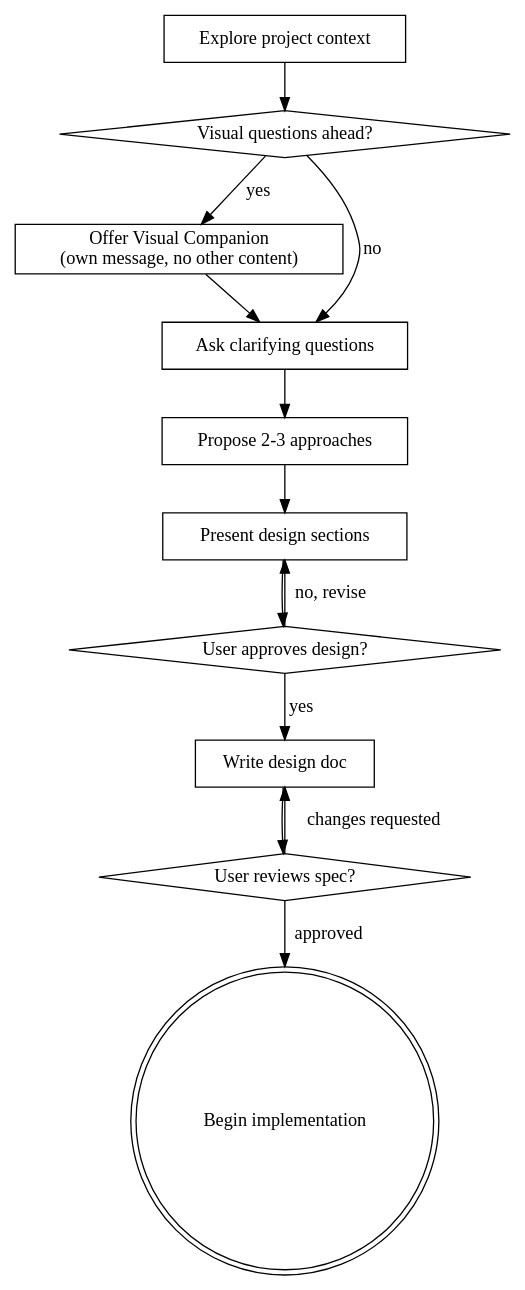
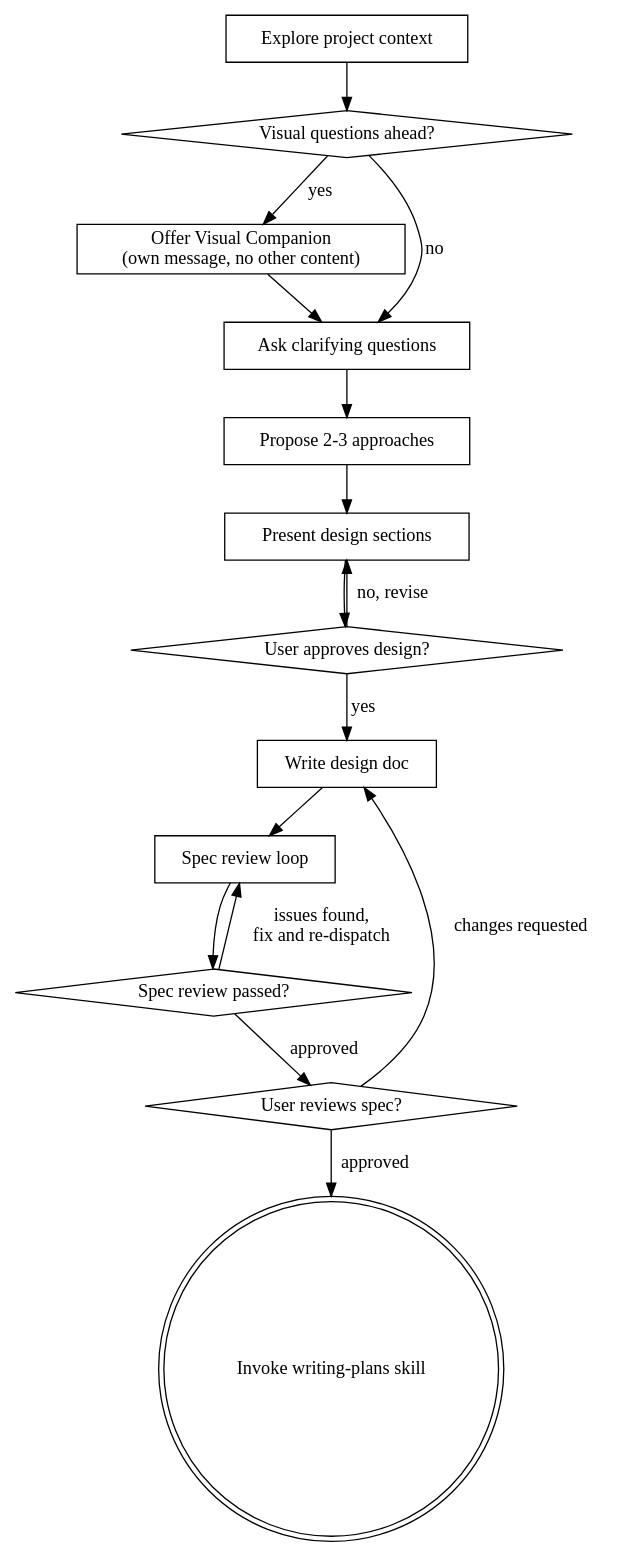
One commit to zacczakk/acsync changed the diagram in configs/skills/brainstorming/SKILL.md. Above: the diagram before and after it, drawn with Graphviz. The commit also changed other lines of this file and 2 other files, not shown here.

````diff
--- a/configs/skills/brainstorming/SKILL.md
+++ b/configs/skills/brainstorming/SKILL.md
@@ -35,27 +36,32 @@
 ```dot
 digraph brainstorming {
     "Explore project context" [shape=box];
     "Visual questions ahead?" [shape=diamond];
     "Offer Visual Companion\n(own message, no other content)" [shape=box];
     "Ask clarifying questions" [shape=box];
     "Propose 2-3 approaches" [shape=box];
     "Present design sections" [shape=box];
     "User approves design?" [shape=diamond];
     "Write design doc" [shape=box];
+    "Spec review loop" [shape=box];
+    "Spec review passed?" [shape=diamond];
     "User reviews spec?" [shape=diamond];
-    "Begin implementation" [shape=doublecircle];
+    "Invoke writing-plans skill" [shape=doublecircle];
 
     "Explore project context" -> "Visual questions ahead?";
     "Visual questions ahead?" -> "Offer Visual Companion\n(own message, no other content)" [label="yes"];
     "Visual questions ahead?" -> "Ask clarifying questions" [label="no"];
     "Offer Visual Companion\n(own message, no other content)" -> "Ask clarifying questions";
     "Ask clarifying questions" -> "Propose 2-3 approaches";
     "Propose 2-3 approaches" -> "Present design sections";
     "Present design sections" -> "User approves design?";
     "User approves design?" -> "Present design sections" [label="no, revise"];
     "User approves design?" -> "Write design doc" [label="yes"];
-    "Write design doc" -> "User reviews spec?";
+    "Write design doc" -> "Spec review loop";
+    "Spec review loop" -> "Spec review passed?";
+    "Spec review passed?" -> "Spec review loop" [label="issues found,\nfix and re-dispatch"];
+    "Spec review passed?" -> "User reviews spec?" [label="approved"];
     "User reviews spec?" -> "Write design doc" [label="changes requested"];
-    "User reviews spec?" -> "Begin implementation" [label="approved"];
+    "User reviews spec?" -> "Invoke writing-plans skill" [label="approved"];
 }
 ```
````
